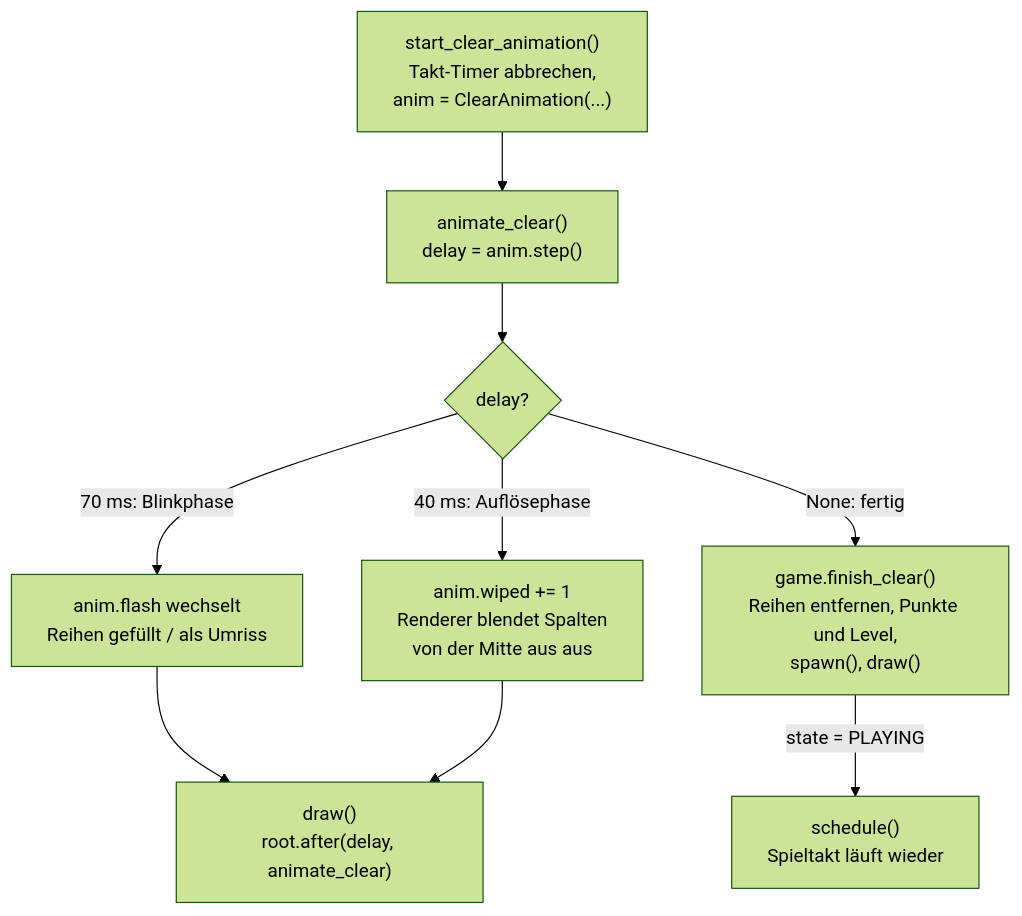
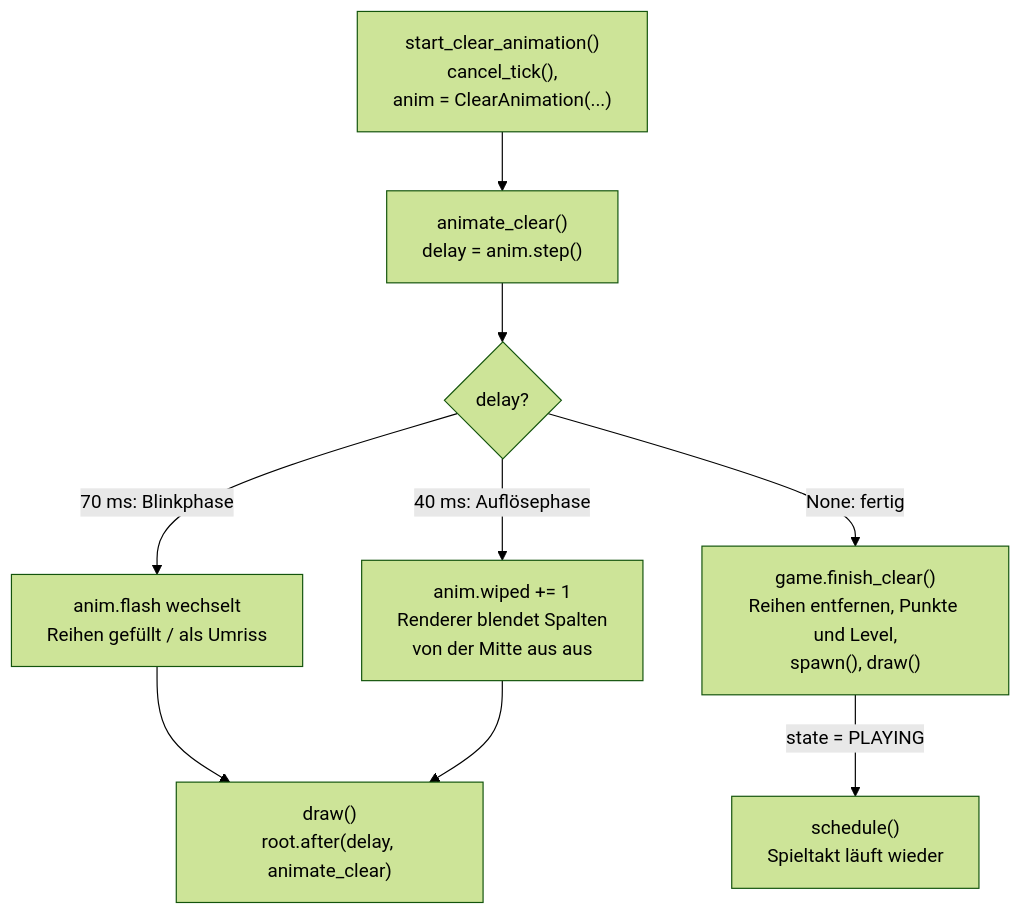
One commit to Krysek/Quickstart-mit-Claude changed the fifth of 6 diagrams in docs/Diagramme.md. Above: the diagram before and after it, drawn with Mermaid (forest theme). The commit also changed other lines of this file and 7 other files, not shown here.

````diff
--- a/docs/Diagramme.md
+++ b/docs/Diagramme.md
@@ -222,11 +236,11 @@
 ```mermaid
 flowchart TD
-    sca["start_clear_animation()<br/>Takt-Timer abbrechen,<br/>anim = ClearAnimation(...)"] --> anim
+    sca["start_clear_animation()<br/>cancel_tick(),<br/>anim = ClearAnimation(...)"] --> anim
     anim["animate_clear()<br/>delay = anim.step()"] --> q{"delay?"}
     q -->|"70 ms: Blinkphase"| blink["anim.flash wechselt<br/>Reihen gefüllt / als Umriss"]
     q -->|"40 ms: Auflösephase"| wipe["anim.wiped += 1<br/>Renderer blendet Spalten<br/>von der Mitte aus aus"]
     blink --> again["draw()<br/>root.after(delay, animate_clear)"]
     wipe --> again
     q -->|"None: fertig"| fin["game.finish_clear()<br/>Reihen entfernen, Punkte und Level,<br/>spawn(), draw()"]
     fin -->|"state = PLAYING"| sched["schedule()<br/>Spieltakt läuft wieder"]
 ```
````
